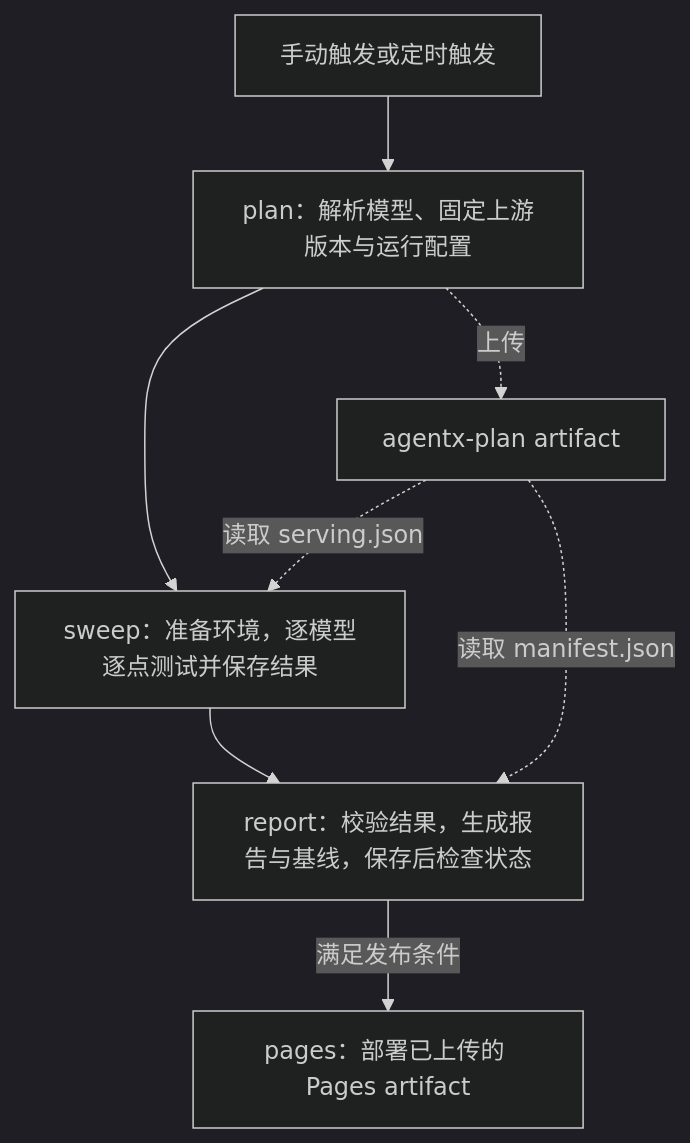
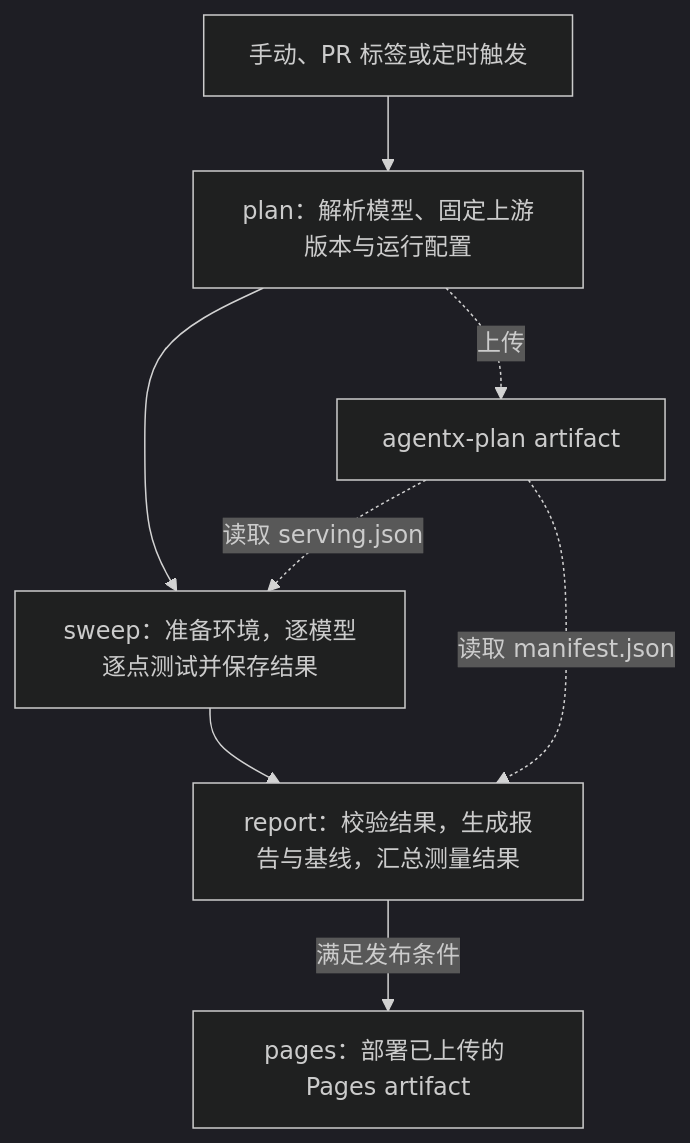
The diagram in benchmarks/agentx/README.zh.md (AMD-AGI/AKLR), drawn with Mermaid (dark theme) before and after one commit. The commit also changed other lines of this file and 21 other files, not shown here.

````diff
--- a/benchmarks/agentx/README.zh.md
+++ b/benchmarks/agentx/README.zh.md
@@ -9,10 +9,10 @@
 ```mermaid
 flowchart TD
-    T["手动触发或定时触发"] --> P["plan：解析模型、固定上游版本与运行配置"]
+    T["手动、PR 标签或定时触发"] --> P["plan：解析模型、固定上游版本与运行配置"]
     P --> S["sweep：准备环境，逐模型逐点测试并保存结果"]
-    S --> R["report：校验结果，生成报告与基线，保存后检查状态"]
+    S --> R["report：校验结果，生成报告与基线，汇总测量结果"]
     R -->|"满足发布条件"| D["pages：部署已上传的 Pages artifact"]
     P -.->|"上传"| A["agentx-plan artifact"]
     A -.->|"读取 serving.json"| S
     A -.->|"读取 manifest.json"| R
 ```
````
